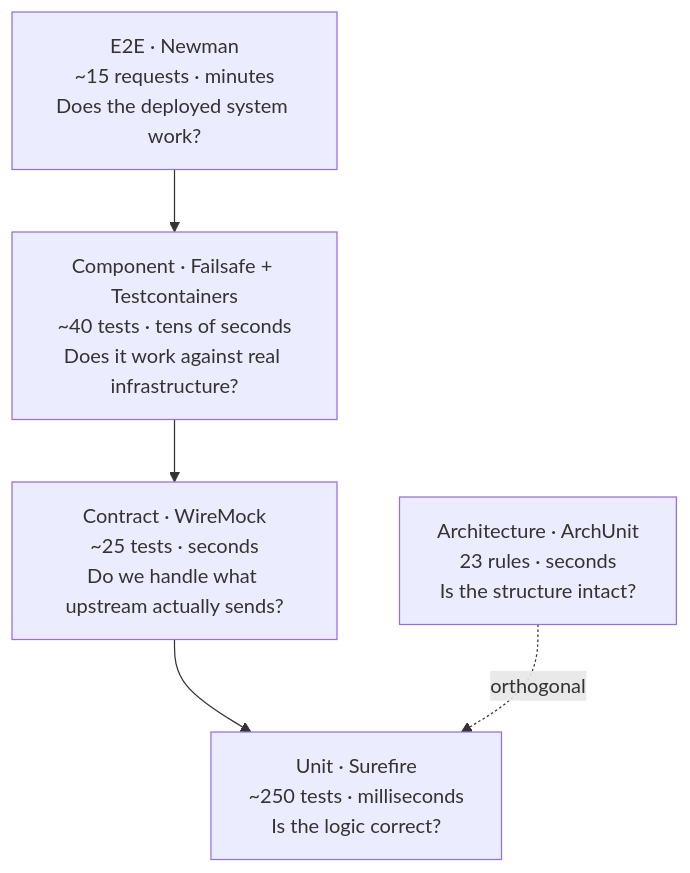
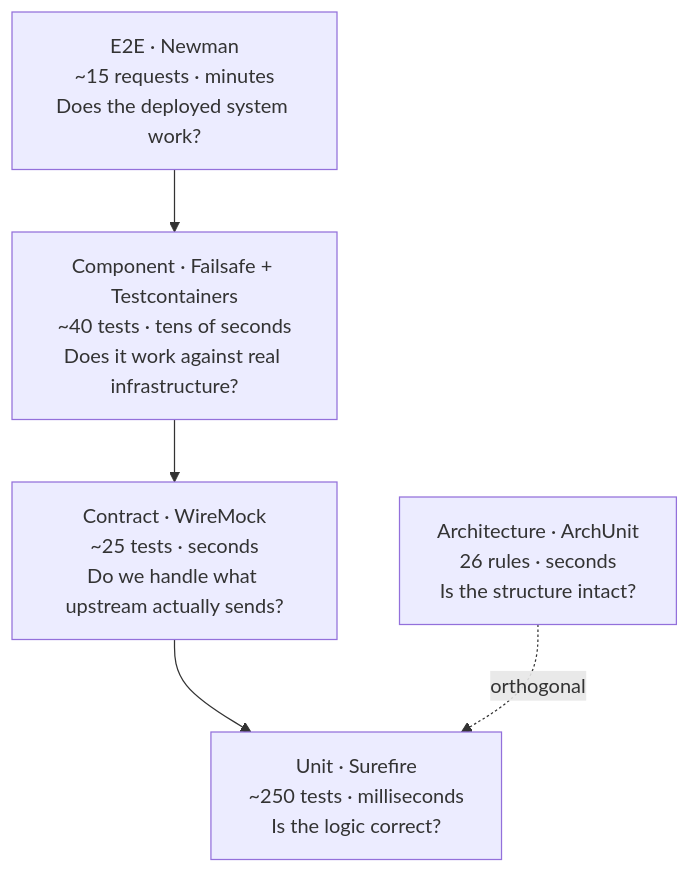
Before and after one commit to davidmtzenciso/pokedex-api: the diagram in docs/handbook/testing-pyramid.md, drawn with Mermaid. The commit also changed 9 other files, not shown here.

````diff
--- a/docs/handbook/testing-pyramid.md
+++ b/docs/handbook/testing-pyramid.md
@@ -6,10 +6,10 @@
 ```mermaid
 flowchart TD
     E["E2E · Newman<br/>~15 requests · minutes<br/>Does the deployed system work?"]
     C["Component · Failsafe + Testcontainers<br/>~40 tests · tens of seconds<br/>Does it work against real infrastructure?"]
     I["Contract · WireMock<br/>~25 tests · seconds<br/>Do we handle what upstream actually sends?"]
     U["Unit · Surefire<br/>~250 tests · milliseconds<br/>Is the logic correct?"]
-    A["Architecture · ArchUnit<br/>23 rules · seconds<br/>Is the structure intact?"]
+    A["Architecture · ArchUnit<br/>26 rules · seconds<br/>Is the structure intact?"]
     E --> C --> I --> U
     A -.->|orthogonal| U
 ```
````
